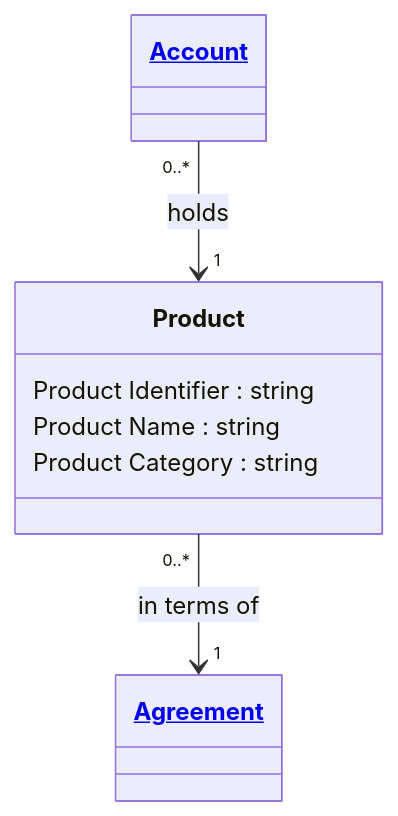
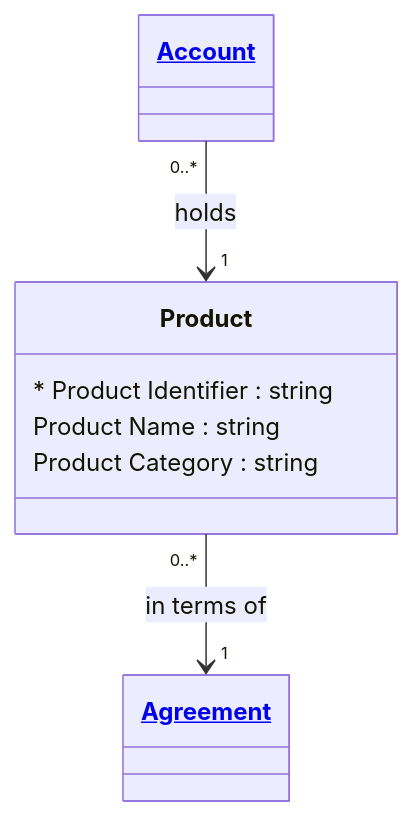
Before and after one commit to Semprini/md-ddl: the diagram in examples/Financial Crime/entities/product.md, drawn with Mermaid. The commit also changed 60 other files, not shown here.

````diff
--- a/examples/Financial Crime/entities/product.md
+++ b/examples/Financial Crime/entities/product.md
@@ -9,18 +9,18 @@
 ```mermaid
 ---
 config:
   layout: elk
 ---
 classDiagram
   class Product{
-    Product Identifier : string
+    * Product Identifier : string
     Product Name : string
     Product Category : string
   }
 
   Product "0..*" --> "1" Agreement : in terms of
   Account "0..*" --> "1" Product : holds
 
   class Agreement["<a href='agreement.md'>Agreement</a>"]
   class Account["<a href='account.md'>Account</a>"]
 ```
````
